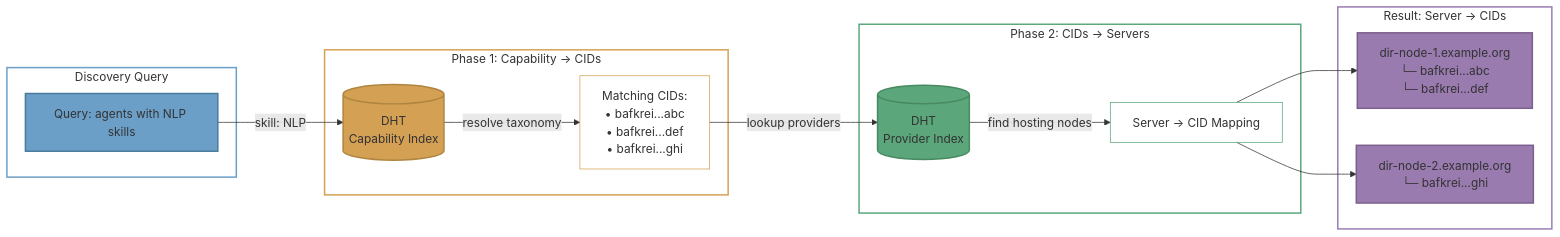
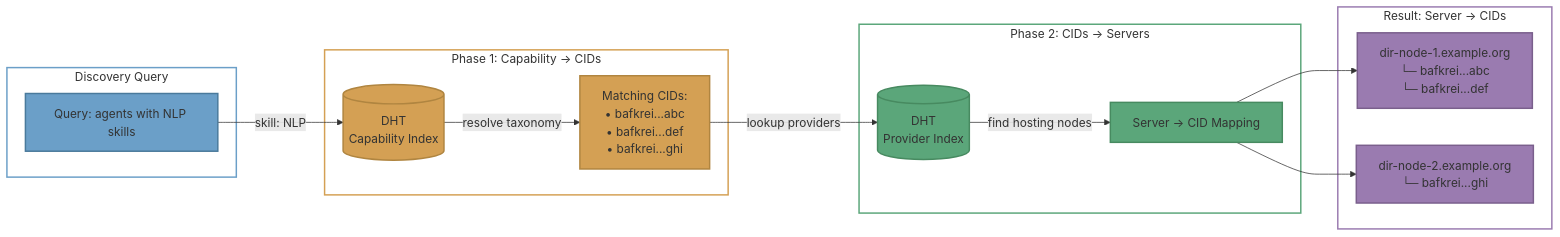
The diagram in _posts/2026-02-12-dir-v1.md (agntcy/blogs), drawn with Mermaid before and after one commit.

````diff
--- a/_posts/2026-02-12-dir-v1.md
+++ b/_posts/2026-02-12-dir-v1.md
@@ -108,40 +108,40 @@
 ```mermaid
 flowchart LR
     subgraph Query["Discovery Query"]
         Q["Query: agents with NLP skills"]
     end
     
     subgraph Phase1["Phase 1: Capability → CIDs"]
         DHT1[("DHT<br/>Capability Index")]
         CIDS["Matching CIDs:<br/>• bafkrei...abc<br/>• bafkrei...def<br/>• bafkrei...ghi"]
     end
     
     subgraph Phase2["Phase 2: CIDs → Servers"]
         DHT2[("DHT<br/>Provider Index")]
         MAPPING["Server → CID Mapping"]
     end
     
     subgraph Result["Result: Server → CIDs"]
         R1["dir-node-1.example.org<br/>  └─ bafkrei...abc<br/>  └─ bafkrei...def"]
         R2["dir-node-2.example.org<br/>  └─ bafkrei...ghi"]
     end
     
     Q -->|"skill: NLP"| DHT1
     DHT1 -->|"resolve taxonomy"| CIDS
     CIDS -->|"lookup providers"| DHT2
     DHT2 -->|"find hosting nodes"| MAPPING
     MAPPING --> R1
     MAPPING --> R2
     
     style Query fill:transparent,stroke:#6b9fc8,stroke-width:2px
     style Phase1 fill:transparent,stroke:#d4a054,stroke-width:2px
     style Phase2 fill:transparent,stroke:#5ba67a,stroke-width:2px
     style Result fill:transparent,stroke:#9a7bb0,stroke-width:2px
     style Q fill:#6b9fc8,stroke:#4a7a9c,stroke-width:2px
     style DHT1 fill:#d4a054,stroke:#b08540,stroke-width:2px
-    style CIDS fill:transparent,stroke:#d4a054,stroke-width:1px
+    style CIDS fill:#d4a054,stroke:#b08540,stroke-width:2px
     style DHT2 fill:#5ba67a,stroke:#478a60,stroke-width:2px
-    style MAPPING fill:transparent,stroke:#5ba67a,stroke-width:1px
+    style MAPPING fill:#5ba67a,stroke:#478a60,stroke-width:2px
     style R1 fill:#9a7bb0,stroke:#7a5f8c,stroke-width:2px
     style R2 fill:#9a7bb0,stroke:#7a5f8c,stroke-width:2px
 ```
````
